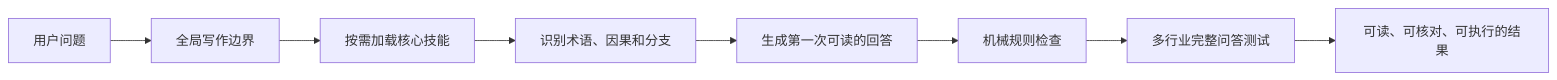
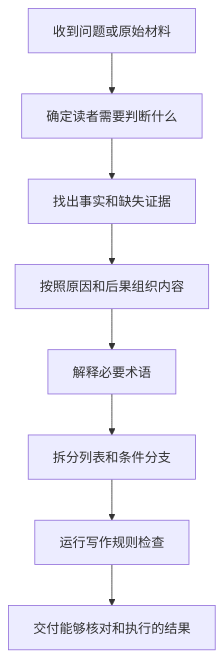
The diagram in README.md (AIALRA-0/agent-human-readable-technical-writing), drawn with Mermaid before and after one commit. The commit also changed other lines of this file, not shown here.

````diff
--- a/README.md
+++ b/README.md
@@ -107,11 +120,11 @@
 ```mermaid
-%% 这条流程展示规则怎样从用户问题进入最终回答
-flowchart LR
-    A["用户问题"] --> B["全局写作边界"]
-    B --> C["按需加载核心技能"]
-    C --> D["识别术语、因果和分支"]
-    D --> E["生成第一次可读的回答"]
-    E --> F["机械规则检查"]
-    F --> G["多行业完整问答测试"]
-    G --> H["可读、可核对、可执行的结果"]
+%% 从原始材料开始展示完整处理顺序
+flowchart TD
+    A["收到问题或原始材料"] --> B["确定读者需要判断什么"]
+    B --> C["找出事实和缺失证据"]
+    C --> D["按照原因和后果组织内容"]
+    D --> E["解释必要术语"]
+    E --> F["拆分列表和条件分支"]
+    F --> G["运行写作规则检查"]
+    G --> H["交付能够核对和执行的结果"]
 ```
````
